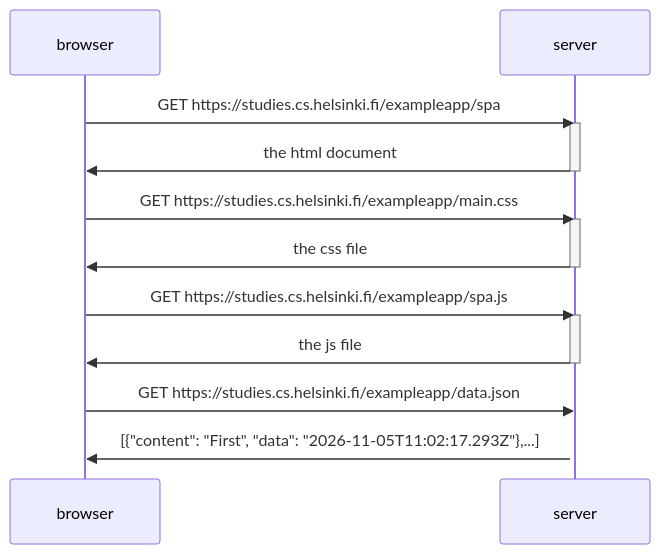
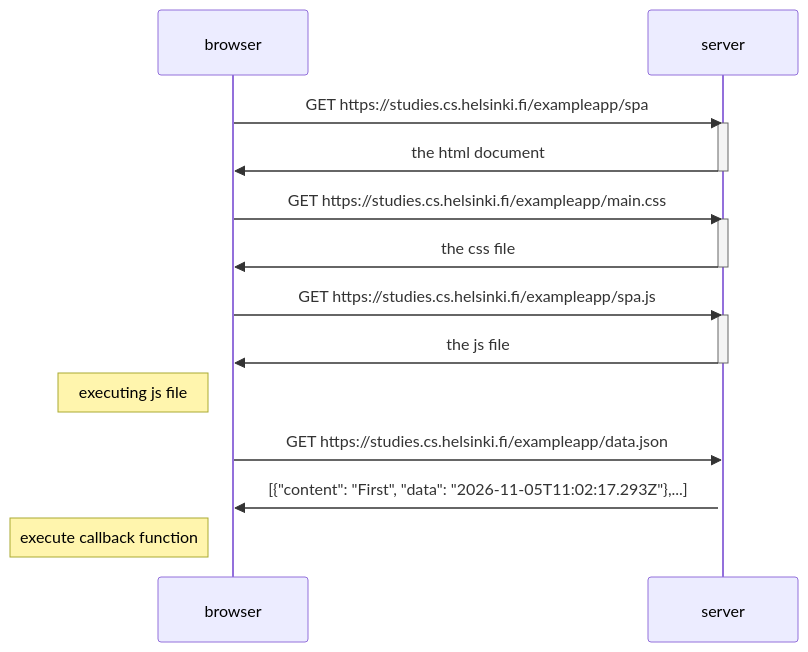
The diagram in part0/Exercise0.5_spa_diagram.md (althenelh-hub/OpenExercises), drawn with Mermaid before and after one commit.

````diff
--- a/part0/Exercise0.5_spa_diagram.md
+++ b/part0/Exercise0.5_spa_diagram.md
@@ -1,21 +1,23 @@
 ```mermaid
 sequenceDiagram
   browser->>server:GET https://studies.cs.helsinki.fi/exampleapp/spa
   activate server
   server->>browser:the html document
   deactivate server
 
   browser->>server:GET https://studies.cs.helsinki.fi/exampleapp/main.css
   activate server
   server->>browser:the css file
   deactivate server
 
   browser->>server:GET https://studies.cs.helsinki.fi/exampleapp/spa.js
   activate server
   server->>browser:the js file
   deactivate server
+  note left of browser: executing js file
 
   browser->>server:GET https://studies.cs.helsinki.fi/exampleapp/data.json
   activate server
   server->>browser:[{"content": "First", "data": "2026-11-05T11:02:17.293Z"},...]
+  note left of browser: execute callback function
 ```
````
